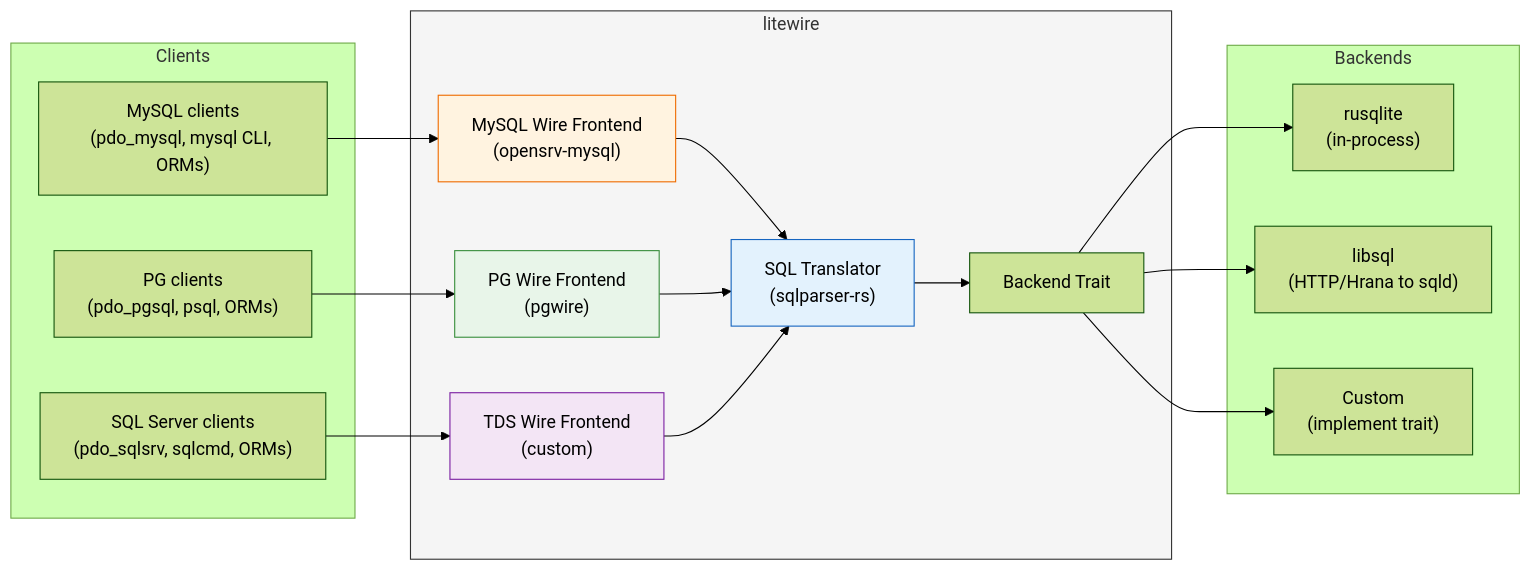
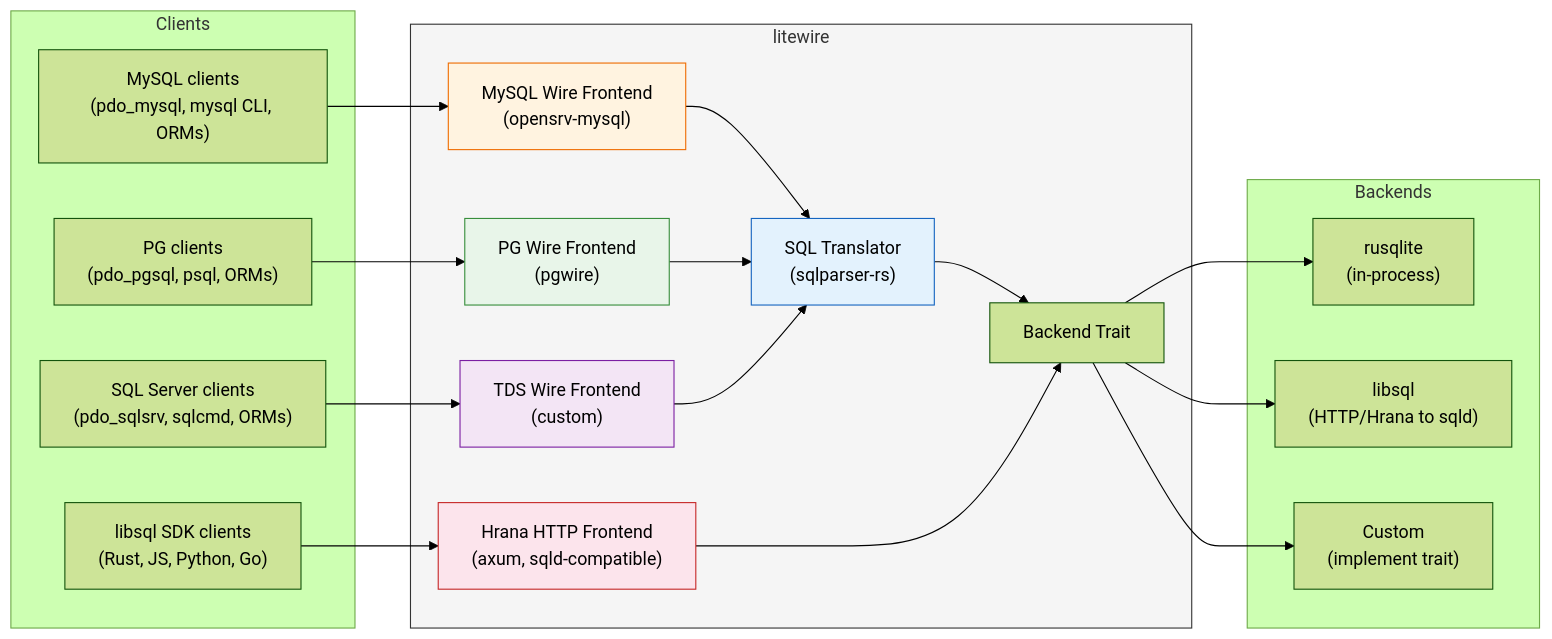
One commit to ephpm/litewire changed the first of 6 diagrams in docs/architecture.md. Above: the diagram before and after it, drawn with Mermaid (forest theme). The commit also changed other lines of this file and 1 other file, not shown here.

````diff
--- a/docs/architecture.md
+++ b/docs/architecture.md
@@ -7,39 +7,44 @@
 ```mermaid
 graph LR
     subgraph clients["Clients"]
         mysql_client["MySQL clients\n(pdo_mysql, mysql CLI, ORMs)"]
         pg_client["PG clients\n(pdo_pgsql, psql, ORMs)"]
         tds_client["SQL Server clients\n(pdo_sqlsrv, sqlcmd, ORMs)"]
+        hrana_client["libsql SDK clients\n(Rust, JS, Python, Go)"]
     end
 
     subgraph litewire["litewire"]
         mysql_fe["MySQL Wire Frontend\n(opensrv-mysql)"]
         pg_fe["PG Wire Frontend\n(pgwire)"]
         tds_fe["TDS Wire Frontend\n(custom)"]
+        hrana_fe["Hrana HTTP Frontend\n(axum, sqld-compatible)"]
         translator["SQL Translator\n(sqlparser-rs)"]
         backend_trait["Backend Trait"]
     end
 
     subgraph backends["Backends"]
         rusqlite["rusqlite\n(in-process)"]
         libsql["libsql\n(HTTP/Hrana to sqld)"]
         custom["Custom\n(implement trait)"]
     end
 
     mysql_client --> mysql_fe
     pg_client --> pg_fe
     tds_client --> tds_fe
+    hrana_client --> hrana_fe
     mysql_fe --> translator
     pg_fe --> translator
     tds_fe --> translator
     translator --> backend_trait
+    hrana_fe --> backend_trait
     backend_trait --> rusqlite
     backend_trait --> libsql
     backend_trait --> custom
 
     style litewire fill:#f5f5f5,stroke:#333
     style translator fill:#e3f2fd,stroke:#1565c0
     style mysql_fe fill:#fff3e0,stroke:#ef6c00
     style pg_fe fill:#e8f5e9,stroke:#388e3c
     style tds_fe fill:#f3e5f5,stroke:#7b1fa2
+    style hrana_fe fill:#fce4ec,stroke:#c62828
 ```
````
